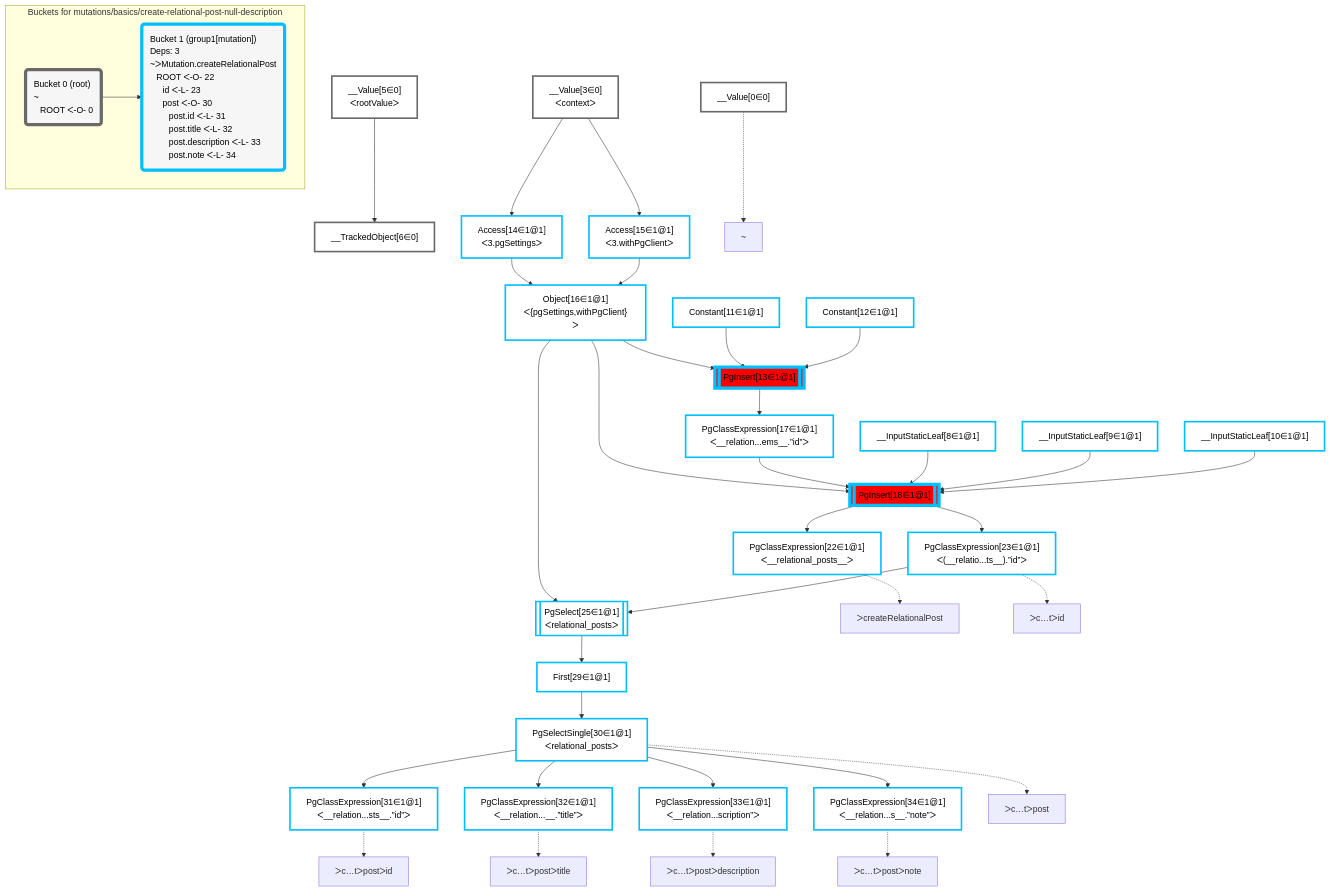
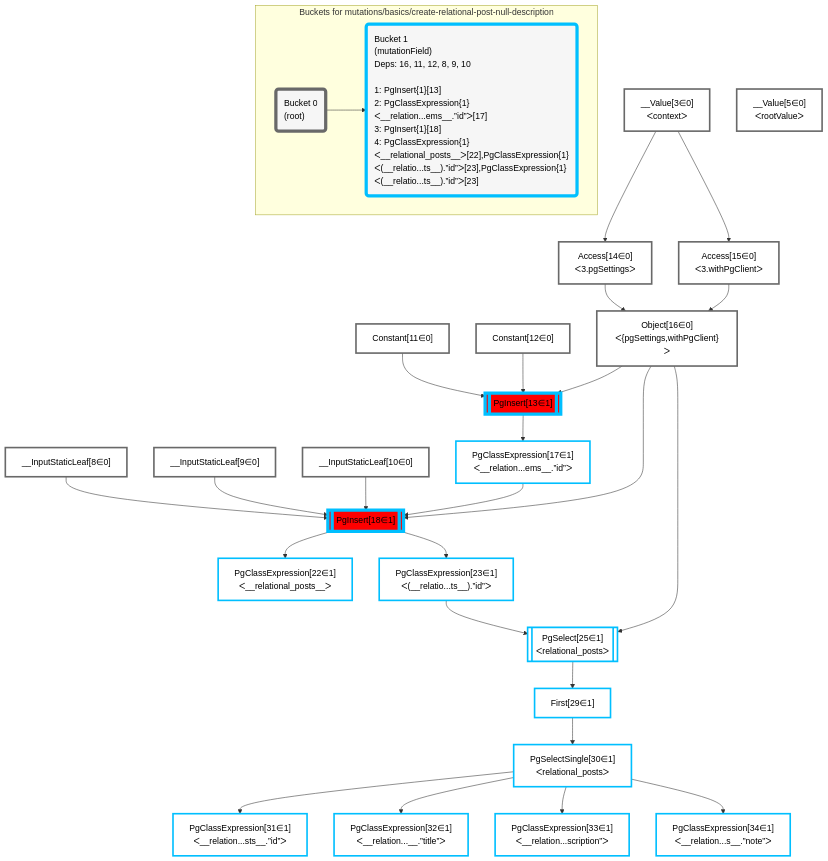
Before and after one commit to graphile/crystal: the diagram in packages/dataplan-pg/__tests__/mutations/basics/create-relational-post-null-description.mermaid, drawn with Mermaid. The commit also changed 9 other files, not shown here.

Commit message:
Update mermaid snapshots

```diff
--- a/packages/dataplan-pg/__tests__/mutations/basics/create-relational-post-null-description.mermaid
+++ b/packages/dataplan-pg/__tests__/mutations/basics/create-relational-post-null-description.mermaid
@@ -1,79 +1,60 @@
 graph TD
     classDef path fill:#eee,stroke:#000,color:#000
     classDef plan fill:#fff,stroke-width:3px,color:#000
     classDef itemplan fill:#fff,stroke-width:6px,color:#000
     classDef sideeffectplan fill:#f00,stroke-width:6px,color:#000
     classDef bucket fill:#f6f6f6,color:#000,stroke-width:6px,text-align:left
 
 
-    %% define plans
-    __Value0["__Value[0∈0]"]:::plan
+    %% define steps
     __Value3["__Value[3∈0]<br />ᐸcontextᐳ"]:::plan
     __Value5["__Value[5∈0]<br />ᐸrootValueᐳ"]:::plan
-    __TrackedObject6["__TrackedObject[6∈0]"]:::plan
-    __InputStaticLeaf8["__InputStaticLeaf[8∈1@1]"]:::plan
-    __InputStaticLeaf9["__InputStaticLeaf[9∈1@1]"]:::plan
-    __InputStaticLeaf10["__InputStaticLeaf[10∈1@1]"]:::plan
-    Constant11["Constant[11∈1@1]"]:::plan
-    Constant12["Constant[12∈1@1]"]:::plan
-    Access14["Access[14∈1@1]<br />ᐸ3.pgSettingsᐳ"]:::plan
-    Access15["Access[15∈1@1]<br />ᐸ3.withPgClientᐳ"]:::plan
-    Object16["Object[16∈1@1]<br />ᐸ{pgSettings,withPgClient}ᐳ"]:::plan
-    PgInsert13[["PgInsert[13∈1@1]"]]:::sideeffectplan
-    PgClassExpression17["PgClassExpression[17∈1@1]<br />ᐸ__relation...ems__.”id”ᐳ"]:::plan
-    PgInsert18[["PgInsert[18∈1@1]"]]:::sideeffectplan
-    PgClassExpression22["PgClassExpression[22∈1@1]<br />ᐸ__relational_posts__ᐳ"]:::plan
-    PgClassExpression23["PgClassExpression[23∈1@1]<br />ᐸ(__relatio...ts__).”id”ᐳ"]:::plan
-    PgSelect25[["PgSelect[25∈1@1]<br />ᐸrelational_postsᐳ"]]:::plan
-    First29["First[29∈1@1]"]:::plan
-    PgSelectSingle30["PgSelectSingle[30∈1@1]<br />ᐸrelational_postsᐳ"]:::plan
-    PgClassExpression31["PgClassExpression[31∈1@1]<br />ᐸ__relation...sts__.”id”ᐳ"]:::plan
-    PgClassExpression32["PgClassExpression[32∈1@1]<br />ᐸ__relation...__.”title”ᐳ"]:::plan
-    PgClassExpression33["PgClassExpression[33∈1@1]<br />ᐸ__relation...scription”ᐳ"]:::plan
-    PgClassExpression34["PgClassExpression[34∈1@1]<br />ᐸ__relation...s__.”note”ᐳ"]:::plan
+    __InputStaticLeaf8["__InputStaticLeaf[8∈0]"]:::plan
+    __InputStaticLeaf9["__InputStaticLeaf[9∈0]"]:::plan
+    __InputStaticLeaf10["__InputStaticLeaf[10∈0]"]:::plan
+    Constant11["Constant[11∈0]"]:::plan
+    Constant12["Constant[12∈0]"]:::plan
+    Access14["Access[14∈0]<br />ᐸ3.pgSettingsᐳ"]:::plan
+    Access15["Access[15∈0]<br />ᐸ3.withPgClientᐳ"]:::plan
+    Object16["Object[16∈0]<br />ᐸ{pgSettings,withPgClient}ᐳ"]:::plan
+    PgInsert13[["PgInsert[13∈1]"]]:::sideeffectplan
+    PgClassExpression17["PgClassExpression[17∈1]<br />ᐸ__relation...ems__.”id”ᐳ"]:::plan
+    PgInsert18[["PgInsert[18∈1]"]]:::sideeffectplan
+    PgClassExpression22["PgClassExpression[22∈1]<br />ᐸ__relational_posts__ᐳ"]:::plan
+    PgClassExpression23["PgClassExpression[23∈1]<br />ᐸ(__relatio...ts__).”id”ᐳ"]:::plan
+    PgSelect25[["PgSelect[25∈1]<br />ᐸrelational_postsᐳ"]]:::plan
+    First29["First[29∈1]"]:::plan
+    PgSelectSingle30["PgSelectSingle[30∈1]<br />ᐸrelational_postsᐳ"]:::plan
+    PgClassExpression31["PgClassExpression[31∈1]<br />ᐸ__relation...sts__.”id”ᐳ"]:::plan
+    PgClassExpression32["PgClassExpression[32∈1]<br />ᐸ__relation...__.”title”ᐳ"]:::plan
+    PgClassExpression33["PgClassExpression[33∈1]<br />ᐸ__relation...scription”ᐳ"]:::plan
+    PgClassExpression34["PgClassExpression[34∈1]<br />ᐸ__relation...s__.”note”ᐳ"]:::plan
 
     %% plan dependencies
-    __Value5 --> __TrackedObject6
     __Value3 --> Access14
     __Value3 --> Access15
     Access14 & Access15 --> Object16
     Object16 & Constant11 & Constant12 --> PgInsert13
     PgInsert13 --> PgClassExpression17
     Object16 & PgClassExpression17 & __InputStaticLeaf8 & __InputStaticLeaf9 & __InputStaticLeaf10 --> PgInsert18
     PgInsert18 --> PgClassExpression22
     PgInsert18 --> PgClassExpression23
     Object16 & PgClassExpression23 --> PgSelect25
     PgSelect25 --> First29
     First29 --> PgSelectSingle30
     PgSelectSingle30 --> PgClassExpression31
     PgSelectSingle30 --> PgClassExpression32
     PgSelectSingle30 --> PgClassExpression33
     PgSelectSingle30 --> PgClassExpression34
 
     %% plan-to-path relationships
-    P0["~"]
-    __Value0 -.-> P0
-    P22["ᐳcreateRelationalPost"]
-    PgClassExpression22 -.-> P22
-    P23["ᐳc…tᐳid"]
-    PgClassExpression23 -.-> P23
-    P30["ᐳc…tᐳpost"]
-    PgSelectSingle30 -.-> P30
-    P31["ᐳc…tᐳpostᐳid"]
-    PgClassExpression31 -.-> P31
-    P32["ᐳc…tᐳpostᐳtitle"]
-    PgClassExpression32 -.-> P32
-    P33["ᐳc…tᐳpostᐳdescription"]
-    PgClassExpression33 -.-> P33
-    P34["ᐳc…tᐳpostᐳnote"]
-    PgClassExpression34 -.-> P34
 
     subgraph "Buckets for mutations/basics/create-relational-post-null-description"
-    Bucket0("Bucket 0 (root)<br />~<br />⠀ROOT ᐸ-O- 0"):::bucket
+    Bucket0("Bucket 0<br />(root)"):::bucket
     classDef bucket0 stroke:#696969
-    class Bucket0,__Value0,__Value3,__Value5,__TrackedObject6 bucket0
-    Bucket1("Bucket 1 (group1[mutation])<br />Deps: 3<br />~ᐳMutation.createRelationalPost<br />⠀ROOT ᐸ-O- 22<br />⠀⠀id ᐸ-L- 23<br />⠀⠀post ᐸ-O- 30<br />⠀⠀⠀post.id ᐸ-L- 31<br />⠀⠀⠀post.title ᐸ-L- 32<br />⠀⠀⠀post.description ᐸ-L- 33<br />⠀⠀⠀post.note ᐸ-L- 34"):::bucket
+    class Bucket0,__Value3,__Value5,__InputStaticLeaf8,__InputStaticLeaf9,__InputStaticLeaf10,Constant11,Constant12,Access14,Access15,Object16 bucket0
+    Bucket1("Bucket 1<br />(mutationField)<br />Deps: 16, 11, 12, 8, 9, 10<br /><br />1: PgInsert{1}[13]<br />2: PgClassExpression{1}ᐸ__relation...ems__.”id”ᐳ[17]<br />3: PgInsert{1}[18]<br />4: PgClassExpression{1}ᐸ__relational_posts__ᐳ[22],PgClassExpression{1}ᐸ(__relatio...ts__).”id”ᐳ[23],PgClassExpression{1}ᐸ(__relatio...ts__).”id”ᐳ[23]"):::bucket
     classDef bucket1 stroke:#00bfff
-    class Bucket1,__InputStaticLeaf8,__InputStaticLeaf9,__InputStaticLeaf10,Constant11,Constant12,PgInsert13,Access14,Access15,Object16,PgClassExpression17,PgInsert18,PgClassExpression22,PgClassExpression23,PgSelect25,First29,PgSelectSingle30,PgClassExpression31,PgClassExpression32,PgClassExpression33,PgClassExpression34 bucket1
+    class Bucket1,PgInsert13,PgClassExpression17,PgInsert18,PgClassExpression22,PgClassExpression23,PgSelect25,First29,PgSelectSingle30,PgClassExpression31,PgClassExpression32,PgClassExpression33,PgClassExpression34 bucket1
     Bucket0 --> Bucket1
     end
```
